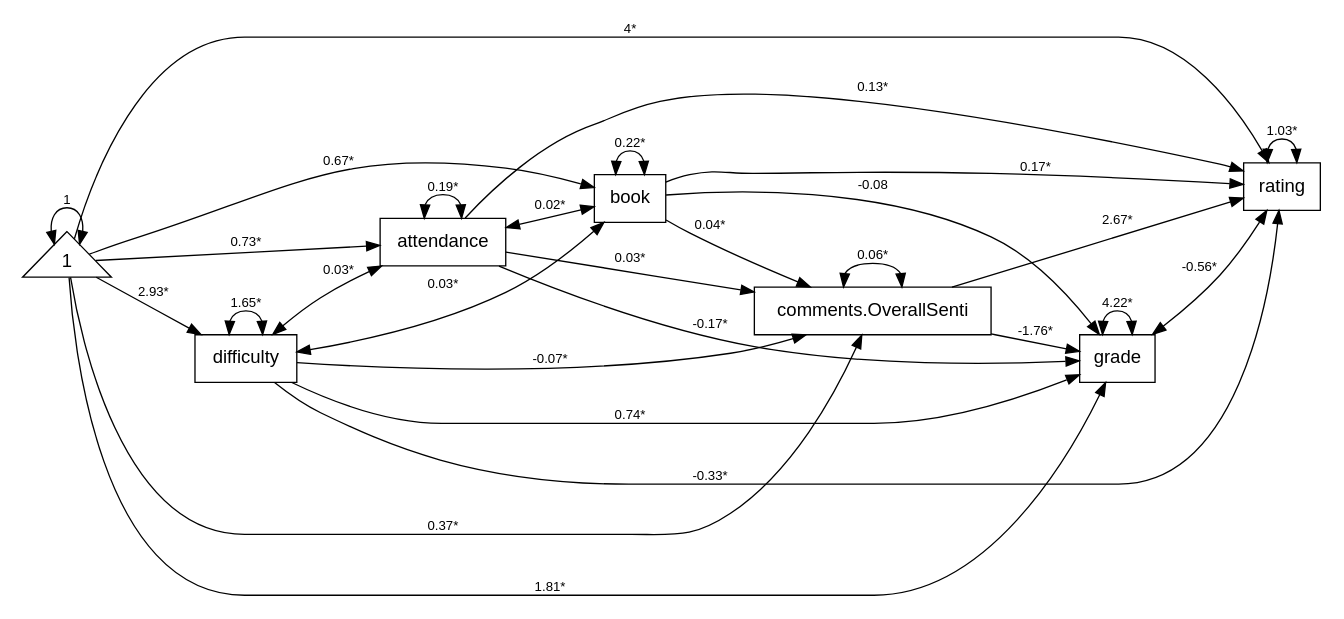
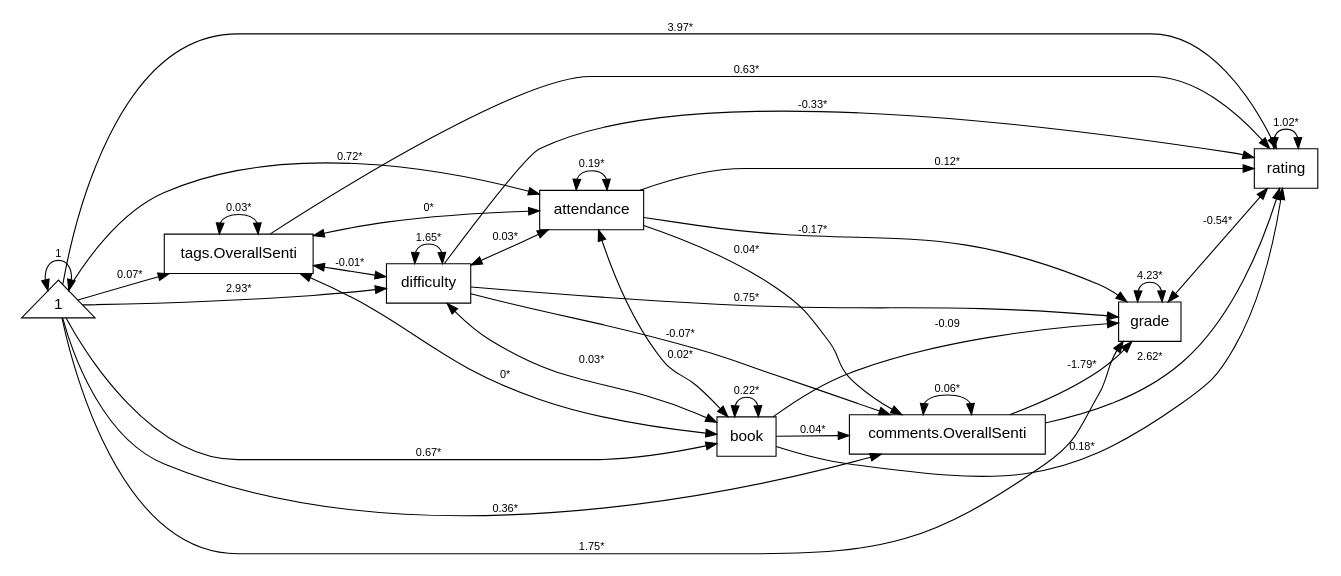
The diagram in sentiment.dot (Stan7s/TextSEM), drawn with Graphviz before and after one commit. The commit also changed 9 other files, not shown here.

```diff
--- a/sentiment.dot
+++ b/sentiment.dot
@@ -1,36 +1,42 @@
 digraph "pathdiagram" {
   rankdir=LR;
   size="8,8";
   node [fontname="Helvetica" fontsize=14 shape=box];
   edge [fontname="Helvetica" fontsize=10];
   center=1;
   "1" [shape=triangle]
   "1" -> "1" [label="1"   dir=both]
-  "comments.OverallSenti" -> "rating" [label="2.67*"];
-  "book" -> "rating" [label="0.17*"];
-  "attendance" -> "rating" [label="0.13*"];
+  "comments.OverallSenti" -> "rating" [label="2.62*"];
+  "book" -> "rating" [label="0.18*"];
+  "attendance" -> "rating" [label="0.12*"];
   "difficulty" -> "rating" [label="-0.33*"];
-  "comments.OverallSenti" -> "grade" [label="-1.76*"];
-  "book" -> "grade" [label="-0.08"];
+  "tags.OverallSenti" -> "rating" [label="0.63*"];
+  "comments.OverallSenti" -> "grade" [label="-1.79*"];
+  "book" -> "grade" [label="-0.09"];
   "attendance" -> "grade" [label="-0.17*"];
-  "difficulty" -> "grade" [label="0.74*"];
+  "difficulty" -> "grade" [label="0.75*"];
   "book" -> "comments.OverallSenti" [label="0.04*"];
-  "attendance" -> "comments.OverallSenti" [label="0.03*"];
+  "attendance" -> "comments.OverallSenti" [label="0.04*"];
   "difficulty" -> "comments.OverallSenti" [label="-0.07*"];
-  "1" -> "rating" [label="4*"];
-  "1" -> "grade" [label="1.81*"];
-  "1" -> "comments.OverallSenti" [label="0.37*"];
+  "1" -> "rating" [label="3.97*"];
+  "1" -> "grade" [label="1.75*"];
+  "1" -> "comments.OverallSenti" [label="0.36*"];
   "1" -> "book" [label="0.67*"];
-  "1" -> "attendance" [label="0.73*"];
+  "1" -> "attendance" [label="0.72*"];
   "1" -> "difficulty" [label="2.93*"];
-  "rating" -> "rating" [label="1.03*"  dir=both];
-  "grade" -> "rating" [label="-0.56*"  dir=both];
-  "grade" -> "grade" [label="4.22*"  dir=both];
+  "1" -> "tags.OverallSenti" [label="0.07*"];
+  "rating" -> "rating" [label="1.02*"  dir=both];
+  "grade" -> "rating" [label="-0.54*"  dir=both];
+  "grade" -> "grade" [label="4.23*"  dir=both];
   "comments.OverallSenti" -> "comments.OverallSenti" [label="0.06*"  dir=both];
   "book" -> "book" [label="0.22*"  dir=both];
   "attendance" -> "book" [label="0.02*"  dir=both];
   "difficulty" -> "book" [label="0.03*"  dir=both];
+  "tags.OverallSenti" -> "book" [label="0*"  dir=both];
   "attendance" -> "attendance" [label="0.19*"  dir=both];
   "difficulty" -> "attendance" [label="0.03*"  dir=both];
+  "tags.OverallSenti" -> "attendance" [label="0*"  dir=both];
   "difficulty" -> "difficulty" [label="1.65*"  dir=both];
+  "tags.OverallSenti" -> "difficulty" [label="-0.01*"  dir=both];
+  "tags.OverallSenti" -> "tags.OverallSenti" [label="0.03*"  dir=both];
 }
```
